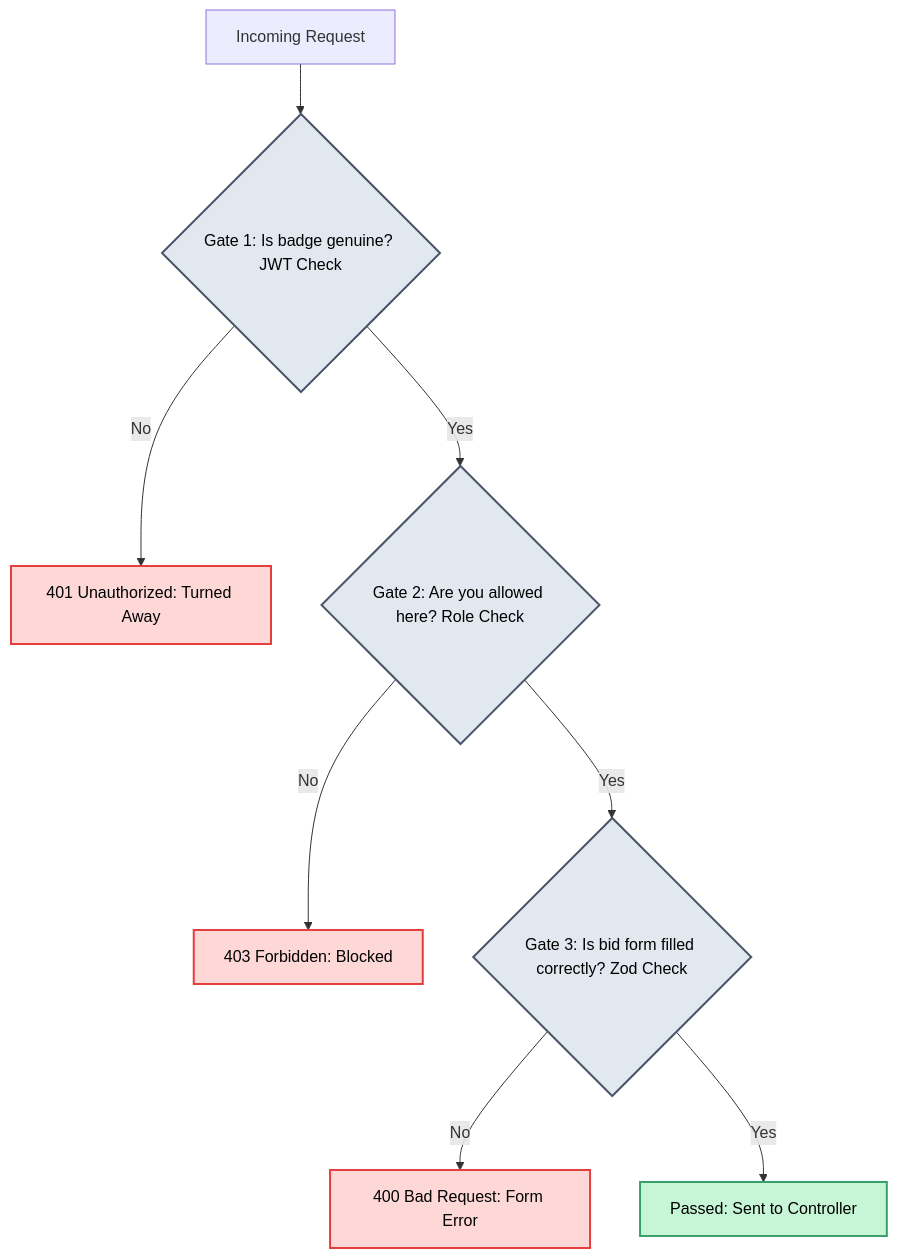
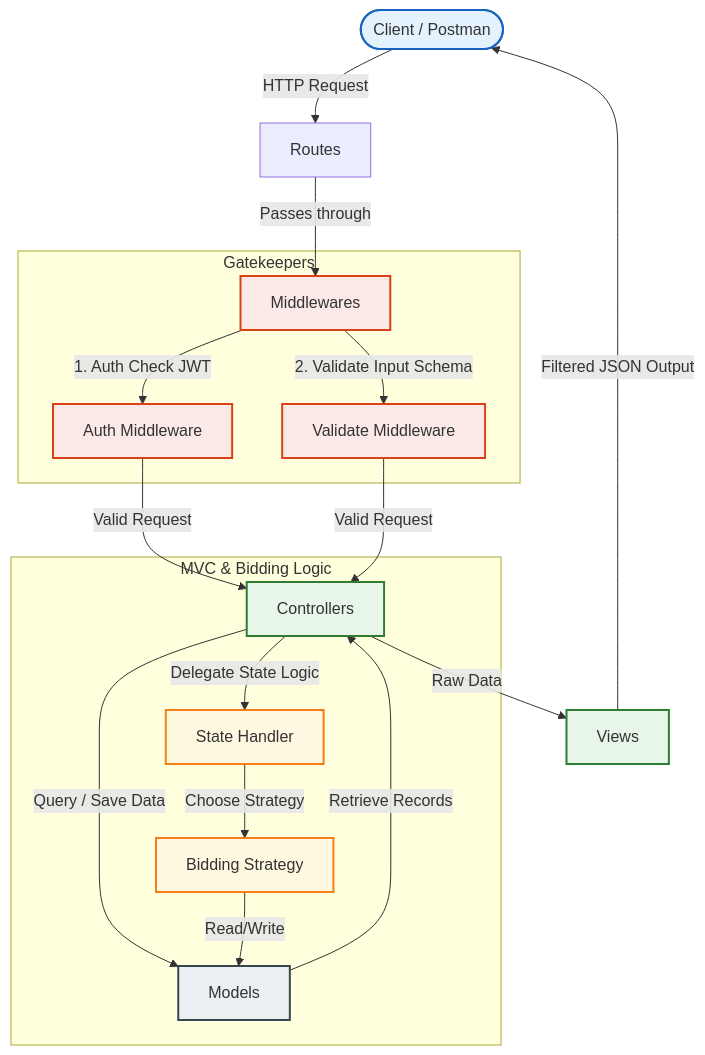
Before and after one commit to HassenChaaben/Auction-management-backend-app: the third of 6 diagrams in README.md, drawn with Mermaid. The commit also changed other lines of this file, not shown here.

Commit message:
docs: rewrite Section 3 Architecture & Design from scratch using warehouse analogy and clean request-flow diagram

````diff
--- a/README.md
+++ b/README.md
@@ -245,15 +228,35 @@
 ```mermaid
 graph TD
-    %% Styling Definitions
-    classDef pass fill:#c6f6d5,stroke:#38a169,stroke-width:2px,color:#000;
-    classDef fail fill:#fed7d7,stroke:#e53e3e,stroke-width:2px,color:#000;
-    classDef check fill:#e2e8f0,stroke:#4a5568,stroke-width:2px,color:#000;
+    classDef client fill:#e3f2fd,stroke:#1565c0,stroke-width:2px;
+    classDef middleware fill:#fbe9e7,stroke:#d84315,stroke-width:2px;
+    classDef controller fill:#e8f5e9,stroke:#2e7d32,stroke-width:2px;
+    classDef domain fill:#fff8e1,stroke:#f57f17,stroke-width:2px;
+    classDef database fill:#eceff1,stroke:#37474f,stroke-width:2px;
 
-    Start[Incoming Request] --> C1{Gate 1: Is badge genuine? JWT Check}:::check
-    C1 -->|No| F1[401 Unauthorized: Turned Away]:::fail
-    C1 -->|Yes| C2{Gate 2: Are you allowed here? Role Check}:::check
-    C2 -->|No| F2[403 Forbidden: Blocked]:::fail
-    C2 -->|Yes| C3{Gate 3: Is bid form filled correctly? Zod Check}:::check
-    C3 -->|No| F3[400 Bad Request: Form Error]:::fail
-    C3 -->|Yes| OK[Passed: Sent to Controller]:::pass
+    Client([Client / Postman]) -->|HTTP Request| Route[Routes]
+    Route -->|Passes through| Middleware[Middlewares]
+    
+    subgraph Gatekeepers [Gatekeepers]
+        Middleware -->|1. Auth Check JWT| Auth[Auth Middleware]
+        Middleware -->|2. Validate Input Schema| Val[Validate Middleware]
+    end
+
+    Auth & Val -->|Valid Request| Controller[Controllers]
+    
+    subgraph MVC_and_Logic [MVC & Bidding Logic]
+        Controller -->|Query / Save Data| Model[Models]
+        Controller -->|Delegate State Logic| State[State Handler]
+        State -->|Choose Strategy| Strategy[Bidding Strategy]
+        Strategy -->|Read/Write| Model
+    end
+
+    Model -->|Retrieve Records| Controller
+    Controller -->|Raw Data| View[Views]
+    View -->|Filtered JSON Output| Client
+
+    class Client client;
+    class Auth,Val,Middleware middleware;
+    class Controller,View controller;
+    class State,Strategy domain;
+    class Model database;
 ```
````
